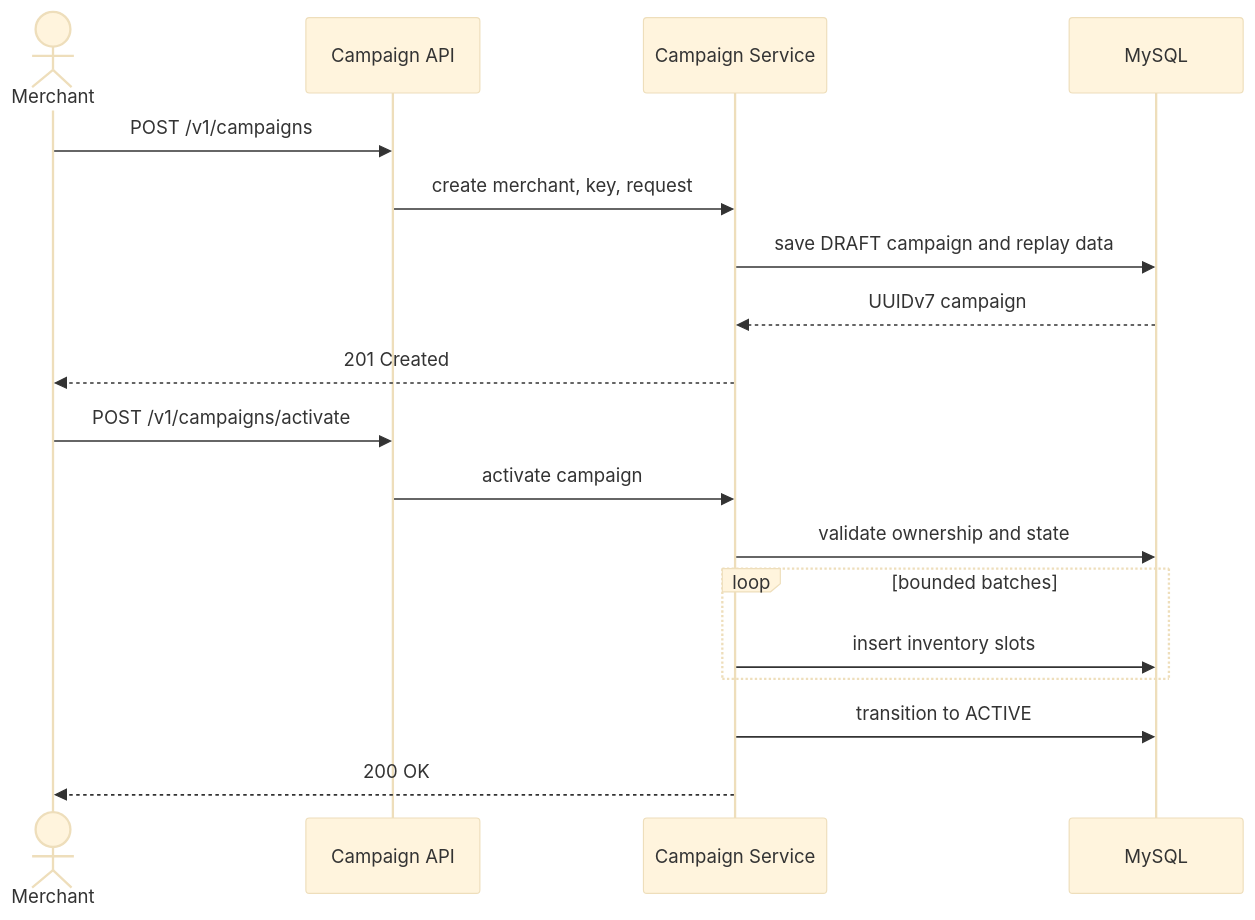
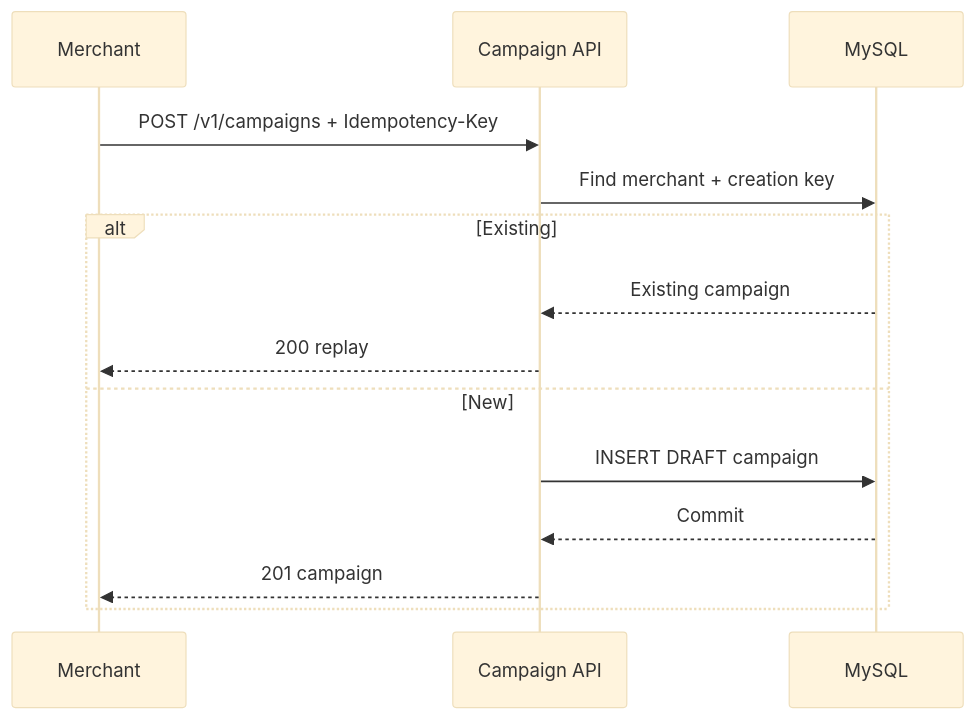
Before and after one commit to PhamDinhDuy-2508/Voucher-claim-system: the seventh of 13 diagrams in SOLUTION.md, drawn with Mermaid (base theme). The commit also changed other lines of this file, not shown here.

Commit message:
Restore complete English solution diagrams

````diff
--- a/SOLUTION.md
+++ b/SOLUTION.md
@@ -185,21 +400,17 @@
 ```mermaid
-    sequenceDiagram
-        actor Merchant
-        participant API as Campaign API
-        participant Service as Campaign Service
-        participant DB as MySQL
+sequenceDiagram
+    participant M as Merchant
+    participant API as Campaign API
+    participant DB as MySQL
 
-        Merchant->>API: POST /v1/campaigns
-        API->>Service: create merchant, key, request
-        Service->>DB: save DRAFT campaign and replay data
-        DB-->>Service: UUIDv7 campaign
-        Service-->>Merchant: 201 Created
-        Merchant->>API: POST /v1/campaigns/activate
-        API->>Service: activate campaign
-        Service->>DB: validate ownership and state
-        loop bounded batches
-            Service->>DB: insert inventory slots
-        end
-        Service->>DB: transition to ACTIVE
-        Service-->>Merchant: 200 OK
+    M->>API: POST /v1/campaigns + Idempotency-Key
+    API->>DB: Find merchant + creation key
+    alt Existing
+        DB-->>API: Existing campaign
+        API-->>M: 200 replay
+    else New
+        API->>DB: INSERT DRAFT campaign
+        DB-->>API: Commit
+        API-->>M: 201 campaign
+    end
 ```
````
